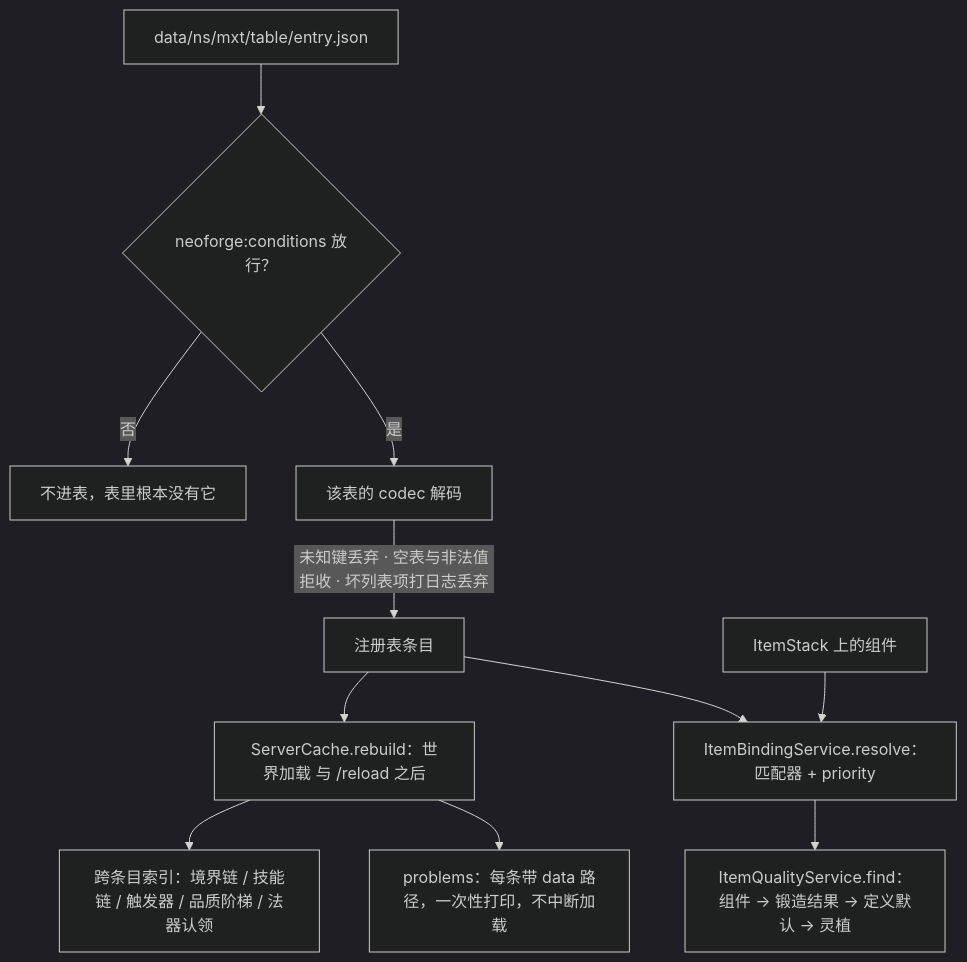
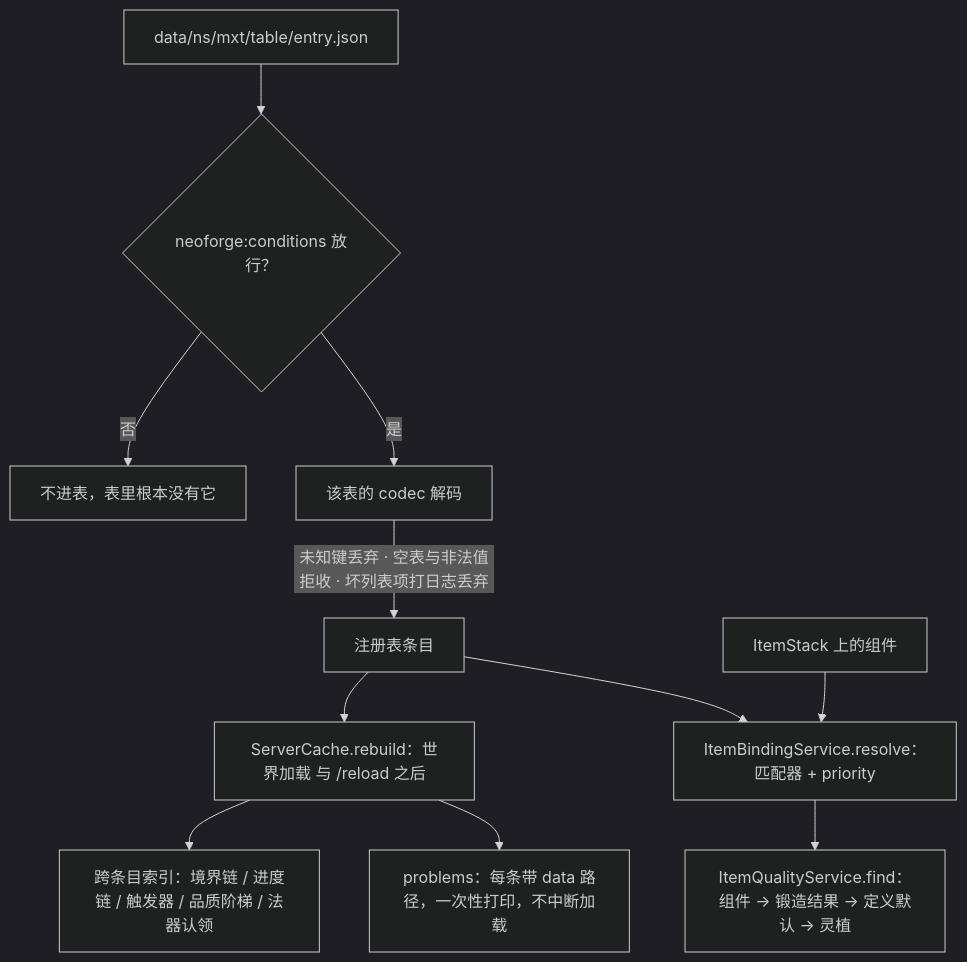
The diagram in docs/technical/data-loading.md (IAFEnvoy/mxt-docs), drawn with Mermaid (dark theme) before and after one commit. The commit also changed other lines of this file and 87 other files, not shown here.

````diff
--- a/docs/technical/data-loading.md
+++ b/docs/technical/data-loading.md
@@ -52,13 +52,13 @@
 ```mermaid
 flowchart TD
     A["data/ns/mxt/table/entry.json"] --> B{"neoforge:conditions 放行？"}
     B -->|否| X["不进表，表里根本没有它"]
     B -->|是| C["该表的 codec 解码"]
     C -->|"未知键丢弃 · 空表与非法值拒收 · 坏列表项打日志丢弃"| D["注册表条目"]
     D --> E["ServerCache.rebuild：世界加载 与 /reload 之后"]
-    E --> F["跨条目索引：境界链 / 技能链 / 触发器 / 品质阶梯 / 法器认领"]
+    E --> F["跨条目索引：境界链 / 进度链 / 触发器 / 品质阶梯 / 法器认领"]
     E --> G["problems：每条带 data 路径，一次性打印，不中断加载"]
     D --> H["ItemBindingService.resolve：匹配器 + priority"]
     I["ItemStack 上的组件"] --> H
     H --> J["ItemQualityService.find：组件 → 锻造结果 → 定义默认 → 灵植"]
 ```
````
